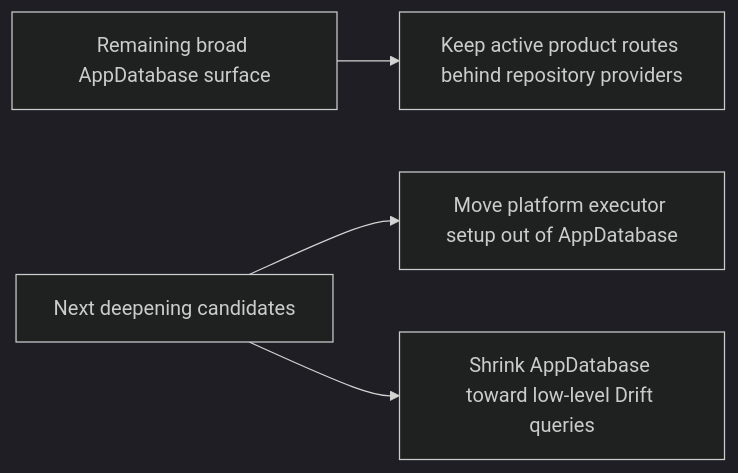
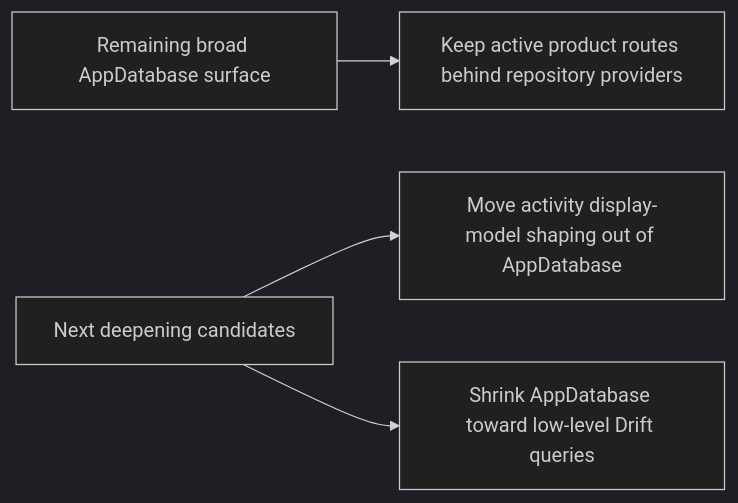
The fifth of 5 diagrams in docs/architecture/module-flow.md (Guoyuer/eventTracker), drawn with Mermaid (dark theme) before and after one commit. The commit also changed other lines of this file and 11 other files, not shown here.

Commit message:
Extract database bootstrap from app database

````diff
--- a/docs/architecture/module-flow.md
+++ b/docs/architecture/module-flow.md
@@ -114,9 +116,9 @@
 ```mermaid
 flowchart LR
   DirectDB["Remaining broad AppDatabase surface"]
   DirectDB --> Persistence["Keep active product routes behind repository providers"]
 
   Next["Next deepening candidates"]
-  Next --> Bootstrap["Move platform executor setup out of AppDatabase"]
+  Next --> Mapping["Move activity display-model shaping out of AppDatabase"]
   Next --> Queries["Shrink AppDatabase toward low-level Drift queries"]
 ```
````
